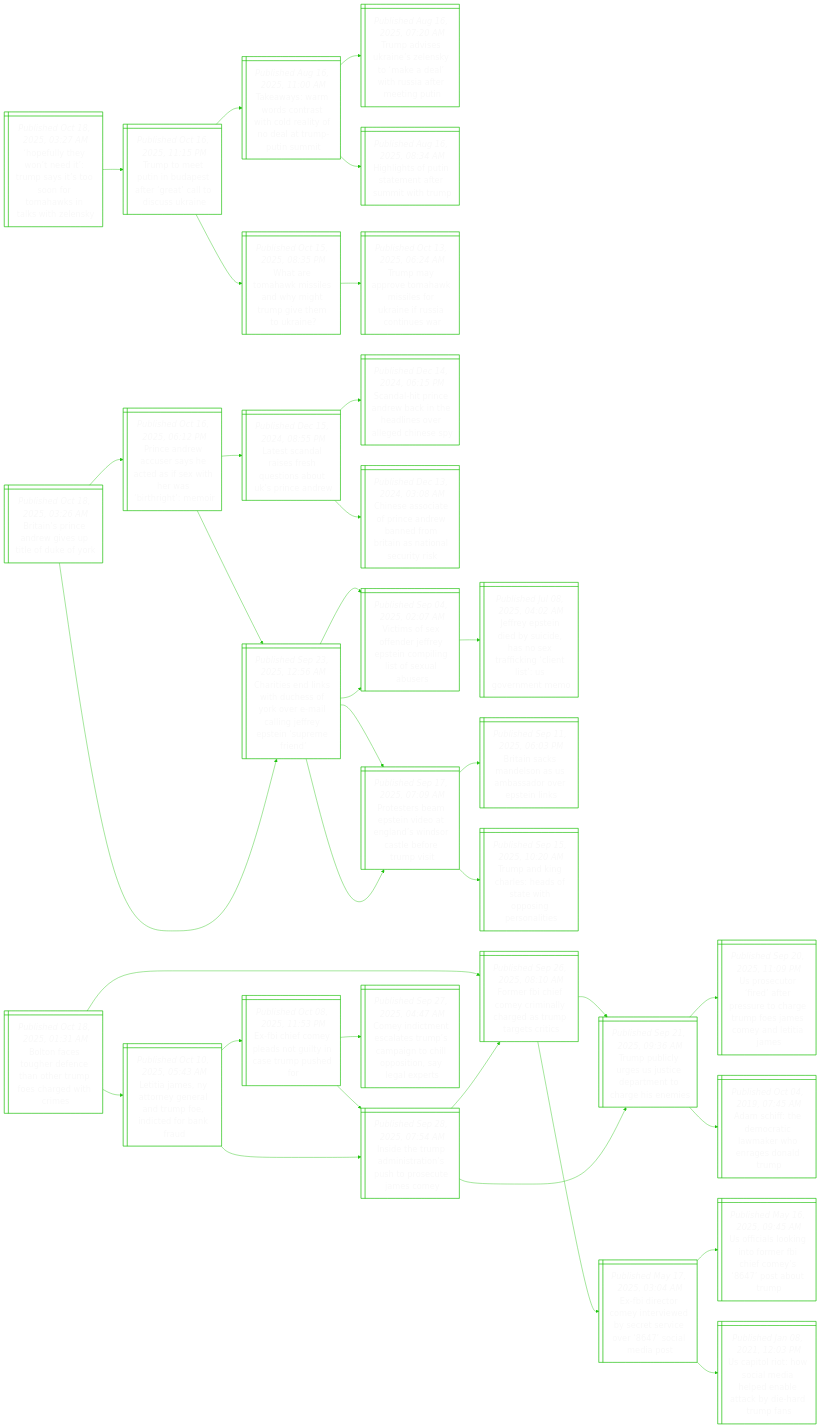
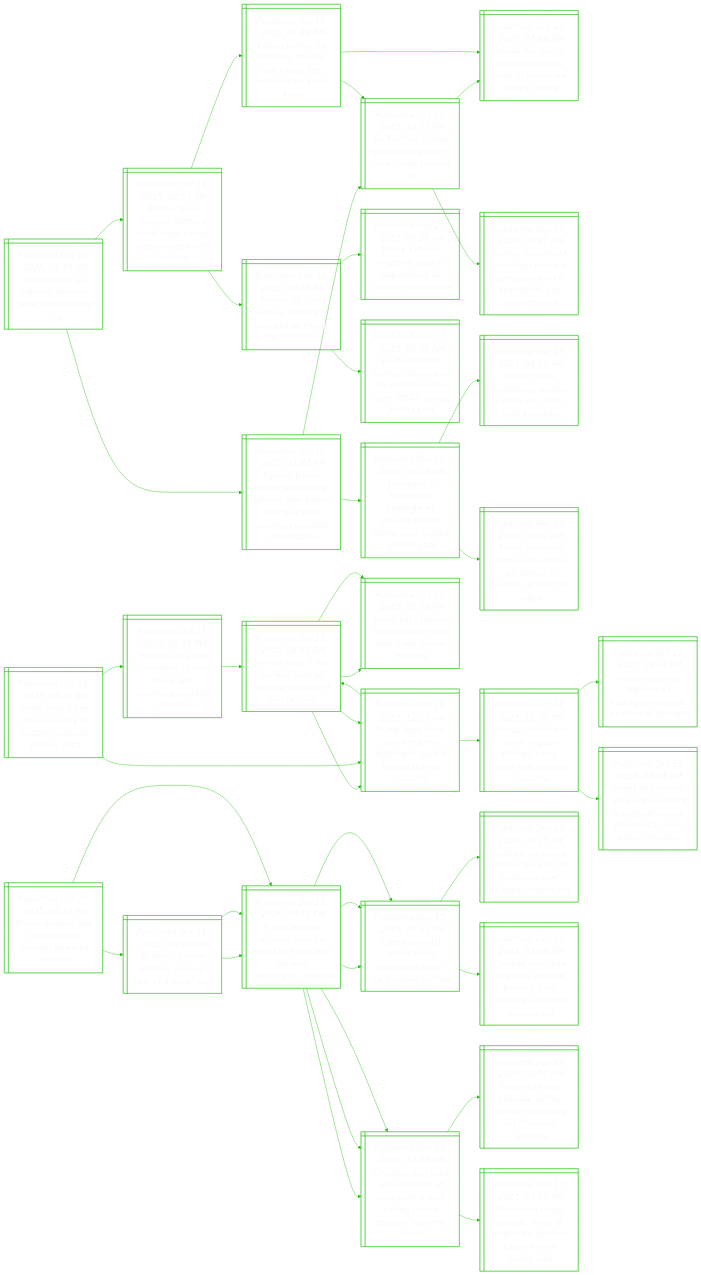
Before and after one commit to notJmes/notJmes: the diagram in README.md, drawn with Mermaid. The commit also changed other lines of this file, not shown here.

````diff
--- a/README.md
+++ b/README.md
@@ -16,30 +16,105 @@
 flowchart LR
 classDef txtsize font-size:20px;
 
-HuhnduytoTansZs@{ shape: win-pane, label: "_Published Oct 18, 2025, 03:27 AM_
-‘hopefully they won’t need it’: trump says it’s too soon for tomahawks in talks with zelensky" }
-Tttndtrttcke@{ shape: win-pane, label: "_Published Oct 16, 2025, 11:15 PM_
-Trump to meet putin in budapest after ‘great’ call to discuss ukraine" }
-Twarntceydtpni@{ shape: win-pane, label: "_Published Aug 16, 2025, 11:00 AM_
-Takeaways: warm words contrast with cold reality of no deal at trump-putin summit" }
-TaeaZsmdisfegn@{ shape: win-pane, label: "_Published Aug 16, 2025, 07:20 AM_
-Trump advises ukraine’s zelensky to ‘make a deal’ with russia after meeting putin" }
-Hioittrihp@{ shape: win-pane, label: "_Published Aug 16, 2025, 08:34 AM_
-Highlights of putin statement after summit with trump" }
-Wramldirieke@{ shape: win-pane, label: "_Published Oct 15, 2025, 08:35 PM_
-What are tomahawk missiles and why might trump give them to ukraine?" }
-TmpTasskesour@{ shape: win-pane, label: "_Published Oct 13, 2025, 06:24 AM_
-Trump may approve tomahawk missiles for ukraine if russia continues war" }
+JoUisiwnue@{ shape: win-pane, label: "_Published Oct 18, 2025, 06:59 AM_
+John bolton: us national security hawk turned trump foe" }
+Frpoetiolhdsnseoi@{ shape: win-pane, label: "_Published Oct 16, 2025, 11:45 PM_
+Former trump national security adviser john bolton charged with sharing classified information" }
+EcCpsuiepe@{ shape: win-pane, label: "_Published Oct 08, 2025, 11:53 PM_
+Ex-fbi chief comey pleads not guilty in case trump pushed for" }
+Ierdsiupcao@{ shape: win-pane, label: "_Published Sep 28, 2025, 07:54 AM_
+Inside the trump administration’s push to prosecute james comey" }
+Citearcicoisgp@{ shape: win-pane, label: "_Published Sep 27, 2025, 04:47 AM_
+Comey indictment escalates trump’s campaign to chill opposition, say legal experts" }
+PgehohfafboeYc@{ shape: win-pane, label: "_Published Mar 26, 2025, 06:18 AM_
+Pentagon’s hegseth in spotlight as officials deflect blame over leaked yemen chat" }
+WHmkssnliui@{ shape: win-pane, label: "_Published Mar 25, 2025, 04:50 AM_
+White house mistakenly shares yemen war plans with journalist" }
+Tlhraroeuasl@{ shape: win-pane, label: "_Published Mar 16, 2025, 03:41 AM_
+Trump launches large-scale strikes on yemen’s houthis, at least 31 killed" }
+Bnshfttroawr@{ shape: win-pane, label: "_Published Oct 18, 2025, 01:31 AM_
+Bolton faces tougher defence than other trump foes charged with crimes" }
+Frhorahdurcc@{ shape: win-pane, label: "_Published Sep 26, 2025, 08:10 AM_
+Former fbi chief comey criminally charged as trump targets critics" }
+TpcgJcanhhe@{ shape: win-pane, label: "_Published Sep 21, 2025, 09:36 AM_
+Trump publicly urges us justice department to charge his enemies" }
+Edtmteyevvceo@{ shape: win-pane, label: "_Published May 17, 2025, 03:04 AM_
+Ex-fbi director comey interviewed by secret service over ‘8647’ social media post" }
+Lieteenmitrf@{ shape: win-pane, label: "_Published Oct 10, 2025, 05:43 AM_
+Letitia james, ny attorney general and trump foe, indicted for bank fraud" }
+EcCpsuiepe@{ shape: win-pane, label: "_Published Oct 08, 2025, 11:53 PM_
+Ex-fbi chief comey pleads not guilty in case trump pushed for" }
+Ierdsiupcao@{ shape: win-pane, label: "_Published Sep 28, 2025, 07:54 AM_
+Inside the trump administration’s push to prosecute james comey" }
 
-HuhnduytoTansZs:::txtsize --> Tttndtrttcke:::txtsize
-Tttndtrttcke:::txtsize --> Twarntceydtpni:::txtsize
-Twarntceydtpni:::txtsize --> TaeaZsmdisfegn:::txtsize
-Twarntceydtpni:::txtsize --> Hioittrihp:::txtsize
-Tttndtrttcke:::txtsize --> Wramldirieke:::txtsize
-Wramldirieke:::txtsize --> TmpTasskesour:::txtsize
+JoUisiwnue:::txtsize --> Frpoetiolhdsnseoi:::txtsize
+Frpoetiolhdsnseoi:::txtsize --> EcCpsuiepe:::txtsize
+EcCpsuiepe:::txtsize --> Ierdsiupcao:::txtsize
+EcCpsuiepe:::txtsize --> Citearcicoisgp:::txtsize
+Frpoetiolhdsnseoi:::txtsize --> PgehohfafboeYc:::txtsize
+PgehohfafboeYc:::txtsize --> WHmkssnliui:::txtsize
+PgehohfafboeYc:::txtsize --> Tlhraroeuasl:::txtsize
+JoUisiwnue:::txtsize --> Bnshfttroawr:::txtsize
+Bnshfttroawr:::txtsize --> Frhorahdurcc:::txtsize
+Frhorahdurcc:::txtsize --> TpcgJcanhhe:::txtsize
+Frhorahdurcc:::txtsize --> Edtmteyevvceo:::txtsize
+Bnshfttroawr:::txtsize --> Lieteenmitrf:::txtsize
+Lieteenmitrf:::txtsize --> EcCpsuiepe:::txtsize
+Lieteenmitrf:::txtsize --> Ierdsiupcao:::txtsize
 
+Ilirvdnrala@{ shape: win-pane, label: "_Published Oct 18, 2025, 06:20 AM_
+Israel says it has received body of another hostage held in gaza" }
+Hstmeaudrhga@{ shape: win-pane, label: "_Published Oct 17, 2025, 09:15 PM_
+Hamas says it is committed to gaza truce and returning hostage remains" }
+Hstaoltesnv@{ shape: win-pane, label: "_Published Oct 16, 2025, 04:51 AM_
+Hamas says it has handed over all hostage remains it can recover" }
+Tsscretniali@{ shape: win-pane, label: "_Published Oct 16, 2025, 12:10 AM_
+Trump says israel could resume fighting in gaza if hamas fails to disarm" }
+IlHhdbhnroe@{ shape: win-pane, label: "_Published Oct 15, 2025, 05:54 PM_
+Israel says hamas handed over body that is not former hostage" }
+Tsscretniali@{ shape: win-pane, label: "_Published Oct 16, 2025, 12:10 AM_
+Trump says israel could resume fighting in gaza if hamas fails to disarm" }
+Hcewfkntrnucr@{ shape: win-pane, label: "_Published Oct 14, 2025, 12:30 AM_
+Hamas carries out wave of gaza killings, citing crime and security concerns" }
+Hdyhatrssfn@{ shape: win-pane, label: "_Published Oct 13, 2025, 04:14 PM_
+Hamas deploys fighters as hostages released, in show of strength" }
+Ilaetyceiaasri@{ shape: win-pane, label: "_Published Oct 13, 2025, 02:04 AM_
+Israel and hamas were not ready for a comprehensive peace deal, says qatari mediator" }
+Hstaoltesnv@{ shape: win-pane, label: "_Published Oct 16, 2025, 04:51 AM_
+Hamas says it has handed over all hostage remains it can recover" }
+Tsscretniali@{ shape: win-pane, label: "_Published Oct 16, 2025, 12:10 AM_
+Trump says israel could resume fighting in gaza if hamas fails to disarm" }
+IlHhdbhnroe@{ shape: win-pane, label: "_Published Oct 15, 2025, 05:54 PM_
+Israel says hamas handed over body that is not former hostage" }
+
+Ilirvdnrala:::txtsize --> Hstmeaudrhga:::txtsize
+Hstmeaudrhga:::txtsize --> Hstaoltesnv:::txtsize
+Hstaoltesnv:::txtsize --> Tsscretniali:::txtsize
+Hstaoltesnv:::txtsize --> IlHhdbhnroe:::txtsize
+Ilirvdnrala:::txtsize --> Tsscretniali:::txtsize
+Tsscretniali:::txtsize --> Hcewfkntrnucr:::txtsize
+Hcewfkntrnucr:::txtsize --> Hdyhatrssfn:::txtsize
+Hcewfkntrnucr:::txtsize --> Ilaetyceiaasri:::txtsize
+Tsscretniali:::txtsize --> Hstaoltesnv:::txtsize
+Hstaoltesnv:::txtsize --> Tsscretniali:::txtsize
+Hstaoltesnv:::txtsize --> IlHhdbhnroe:::txtsize
+
+PeeBsauosa@{ shape: win-pane, label: "_Published Oct 18, 2025, 06:11 AM_
+Prince andrew: the british royal brought down by scandal" }
 BiinguluY@{ shape: win-pane, label: "_Published Oct 18, 2025, 03:26 AM_
 Britain’s prince andrew gives up title of duke of york" }
+Peeuaaaehatho@{ shape: win-pane, label: "_Published Oct 16, 2025, 06:12 PM_
+Prince andrew accuser says he acted as if sex with her was ‘birthright’: memoir" }
+Ltdiruooscr@{ shape: win-pane, label: "_Published Dec 15, 2024, 08:55 PM_
+Latest scandal raises fresh questions about uk’s prince andrew" }
+CtnkheYvalJetuen@{ shape: win-pane, label: "_Published Sep 23, 2025, 12:56 AM_
+Charities end links with duchess of york over e-mail calling jeffrey epstein ‘supreme friend’" }
+Peeuaaaehatho@{ shape: win-pane, label: "_Published Oct 16, 2025, 06:12 PM_
+Prince andrew accuser says he acted as if sex with her was ‘birthright’: memoir" }
+Ltdiruooscr@{ shape: win-pane, label: "_Published Dec 15, 2024, 08:55 PM_
+Latest scandal raises fresh questions about uk’s prince andrew" }
+CtnkheYvalJetuen@{ shape: win-pane, label: "_Published Sep 23, 2025, 12:56 AM_
+Charities end links with duchess of york over e-mail calling jeffrey epstein ‘supreme friend’" }
 Peeuaaaehatho@{ shape: win-pane, label: "_Published Oct 16, 2025, 06:12 PM_
 Prince andrew accuser says he acted as if sex with her was ‘birthright’: memoir" }
 Ltdiruooscr@{ shape: win-pane, label: "_Published Dec 15, 2024, 08:55 PM_
@@ -54,77 +129,20 @@
 Victims of sex offender jeffrey epstein compiling list of sexual abusers" }
 PsbpnogssseTv@{ shape: win-pane, label: "_Published Sep 17, 2025, 07:09 AM_
 Protesters beam epstein video at england’s windsor castle before trump visit" }
-CtnkheYvalJetuen@{ shape: win-pane, label: "_Published Sep 23, 2025, 12:56 AM_
-Charities end links with duchess of york over e-mail calling jeffrey epstein ‘supreme friend’" }
-VmeeJetoisear@{ shape: win-pane, label: "_Published Sep 04, 2025, 02:07 AM_
-Victims of sex offender jeffrey epstein compiling list of sexual abusers" }
-Jetisdntigntvem@{ shape: win-pane, label: "_Published Jul 08, 2025, 04:02 AM_
-Jeffrey epstein died by suicide, has no sex trafficking ‘client list’: us government memo" }
-PsbpnogssseTv@{ shape: win-pane, label: "_Published Sep 17, 2025, 07:09 AM_
-Protesters beam epstein video at england’s windsor castle before trump visit" }
-Bikdnasopns@{ shape: win-pane, label: "_Published Sep 11, 2025, 06:03 PM_
-Britain sacks mandelson as us ambassador over epstein links" }
-Tanrefeoirls@{ shape: win-pane, label: "_Published Sep 15, 2025, 10:20 AM_
-Trump and king charles: heads of state with opposing personalities" }
 
+PeeBsauosa:::txtsize --> BiinguluY:::txtsize
 BiinguluY:::txtsize --> Peeuaaaehatho:::txtsize
+Peeuaaaehatho:::txtsize --> Ltdiruooscr:::txtsize
+Peeuaaaehatho:::txtsize --> CtnkheYvalJetuen:::txtsize
+BiinguluY:::txtsize --> Peeuaaaehatho:::txtsize
+Peeuaaaehatho:::txtsize --> Ltdiruooscr:::txtsize
+Peeuaaaehatho:::txtsize --> CtnkheYvalJetuen:::txtsize
+PeeBsauosa:::txtsize --> Peeuaaaehatho:::txtsize
 Peeuaaaehatho:::txtsize --> Ltdiruooscr:::txtsize
 Ltdiruooscr:::txtsize --> SaPeekeloldey:::txtsize
 Ltdiruooscr:::txtsize --> CsoeinbdBiaaur:::txtsize
 Peeuaaaehatho:::txtsize --> CtnkheYvalJetuen:::txtsize
 CtnkheYvalJetuen:::txtsize --> VmeeJetoisear:::txtsize
 CtnkheYvalJetuen:::txtsize --> PsbpnogssseTv:::txtsize
-BiinguluY:::txtsize --> CtnkheYvalJetuen:::txtsize
-CtnkheYvalJetuen:::txtsize --> VmeeJetoisear:::txtsize
-VmeeJetoisear:::txtsize --> Jetisdntigntvem:::txtsize
-CtnkheYvalJetuen:::txtsize --> PsbpnogssseTv:::txtsize
-PsbpnogssseTv:::txtsize --> Bikdnasopns:::txtsize
-PsbpnogssseTv:::txtsize --> Tanrefeoirls:::txtsize
-
-Bnshfttroawr@{ shape: win-pane, label: "_Published Oct 18, 2025, 01:31 AM_
-Bolton faces tougher defence than other trump foes charged with crimes" }
-Frhorahdurcc@{ shape: win-pane, label: "_Published Sep 26, 2025, 08:10 AM_
-Former fbi chief comey criminally charged as trump targets critics" }
-TpcgJcanhhe@{ shape: win-pane, label: "_Published Sep 21, 2025, 09:36 AM_
-Trump publicly urges us justice department to charge his enemies" }
-UsoeestrueeeLie@{ shape: win-pane, label: "_Published Sep 20, 2025, 11:09 PM_
-Us prosecutor ‘fired’ after pressure to charge trump foes james comey and letitia james" }
-AcTmtwrnslm@{ shape: win-pane, label: "_Published Oct 04, 2019, 07:45 AM_
-Adam schiff: the democratic lawmaker who enrages donald trump" }
-Edtmteyevvceo@{ shape: win-pane, label: "_Published May 17, 2025, 03:04 AM_
-Ex-fbi director comey interviewed by secret service over ‘8647’ social media post" }
-UisitmIfyttp@{ shape: win-pane, label: "_Published May 16, 2025, 09:45 AM_
-Us officials looking into former fbi chief comey’s ‘8647’ post about trump" }
-Uiiwaipatbhra@{ shape: win-pane, label: "_Published Jan 08, 2021, 12:03 PM_
-Us capitol riot: how social media helped enable attack by die-hard trump fans" }
-Lieteenmitrf@{ shape: win-pane, label: "_Published Oct 10, 2025, 05:43 AM_
-Letitia james, ny attorney general and trump foe, indicted for bank fraud" }
-EcCpsuiepe@{ shape: win-pane, label: "_Published Oct 08, 2025, 11:53 PM_
-Ex-fbi chief comey pleads not guilty in case trump pushed for" }
-Ierdsiupcao@{ shape: win-pane, label: "_Published Sep 28, 2025, 07:54 AM_
-Inside the trump administration’s push to prosecute james comey" }
-Citearcicoisgp@{ shape: win-pane, label: "_Published Sep 27, 2025, 04:47 AM_
-Comey indictment escalates trump’s campaign to chill opposition, say legal experts" }
-Ierdsiupcao@{ shape: win-pane, label: "_Published Sep 28, 2025, 07:54 AM_
-Inside the trump administration’s push to prosecute james comey" }
-Frhorahdurcc@{ shape: win-pane, label: "_Published Sep 26, 2025, 08:10 AM_
-Former fbi chief comey criminally charged as trump targets critics" }
-TpcgJcanhhe@{ shape: win-pane, label: "_Published Sep 21, 2025, 09:36 AM_
-Trump publicly urges us justice department to charge his enemies" }
-
-Bnshfttroawr:::txtsize --> Frhorahdurcc:::txtsize
-Frhorahdurcc:::txtsize --> TpcgJcanhhe:::txtsize
-TpcgJcanhhe:::txtsize --> UsoeestrueeeLie:::txtsize
-TpcgJcanhhe:::txtsize --> AcTmtwrnslm:::txtsize
-Frhorahdurcc:::txtsize --> Edtmteyevvceo:::txtsize
-Edtmteyevvceo:::txtsize --> UisitmIfyttp:::txtsize
-Edtmteyevvceo:::txtsize --> Uiiwaipatbhra:::txtsize
-Bnshfttroawr:::txtsize --> Lieteenmitrf:::txtsize
-Lieteenmitrf:::txtsize --> EcCpsuiepe:::txtsize
-EcCpsuiepe:::txtsize --> Ierdsiupcao:::txtsize
-EcCpsuiepe:::txtsize --> Citearcicoisgp:::txtsize
-Lieteenmitrf:::txtsize --> Ierdsiupcao:::txtsize
-Ierdsiupcao:::txtsize --> Frhorahdurcc:::txtsize
-Ierdsiupcao:::txtsize --> TpcgJcanhhe:::txtsize
 
 ```
````
